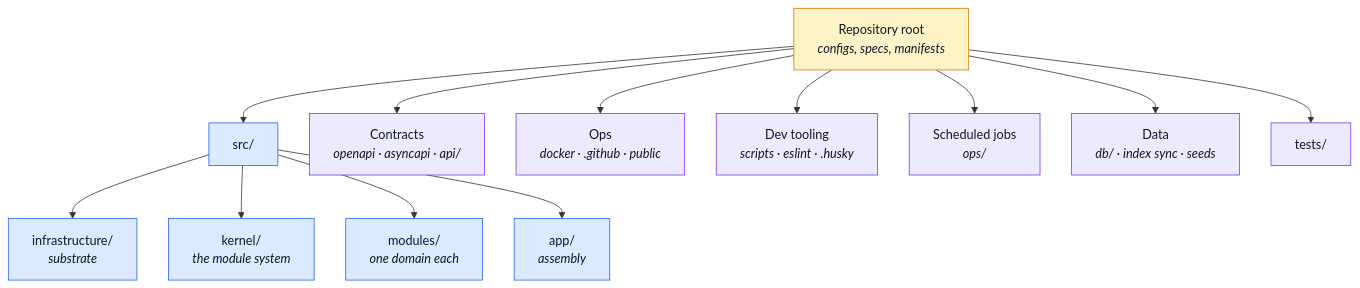
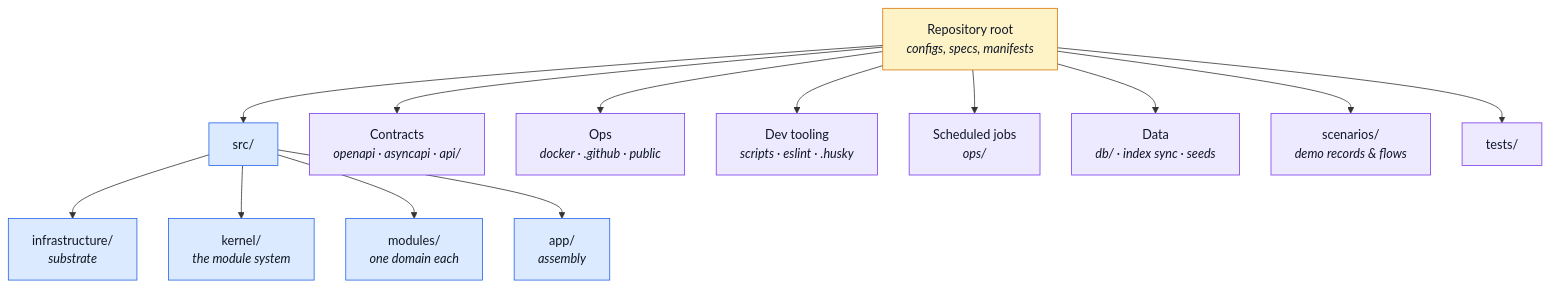
The first of 2 diagrams in docs/reference/index.md (Guebbit/boilerplate-node-backend), drawn with Mermaid before and after one commit. The commit also changed other lines of this file and 18 other files, not shown here.

First line of the commit message:
docs(scenarios): write the flow runner page and fix stale references site-wide

````diff
--- a/docs/reference/index.md
+++ b/docs/reference/index.md
@@ -20,23 +20,24 @@
 ```mermaid
 %%{init: {'flowchart': {'nodeSpacing': 40, 'rankSpacing': 55}}}%%
 flowchart TD
     Root["Repository root<br/><i>configs, specs, manifests</i>"] --> Src["src/"]
     Root --> Contracts["Contracts<br/><i>openapi · asyncapi · api/</i>"]
     Root --> Ops["Ops<br/><i>docker · .github · public</i>"]
     Root --> Dev["Dev tooling<br/><i>scripts · eslint · .husky</i>"]
     Root --> Jobs["Scheduled jobs<br/><i>ops/</i>"]
     Root --> Data["Data<br/><i>db/ · index sync · seeds</i>"]
+    Root --> Scenarios["scenarios/<br/><i>demo records &amp; flows</i>"]
     Root --> Tests["tests/"]
 
     Src --> Infra["infrastructure/<br/><i>substrate</i>"]
     Src --> Kernel["kernel/<br/><i>the module system</i>"]
     Src --> Modules["modules/<br/><i>one domain each</i>"]
     Src --> App["app/<br/><i>assembly</i>"]
 
     classDef entry fill:#fef3c7,stroke:#d97706,color:#111827;
     classDef code fill:#dbeafe,stroke:#2563eb,color:#111827;
     classDef side fill:#ede9fe,stroke:#7c3aed,color:#111827;
     class Root entry;
     class Src,Infra,Kernel,Modules,App code;
-    class Contracts,Ops,Dev,Jobs,Data,Tests side;
+    class Contracts,Ops,Dev,Jobs,Data,Scenarios,Tests side;
 ```
````
